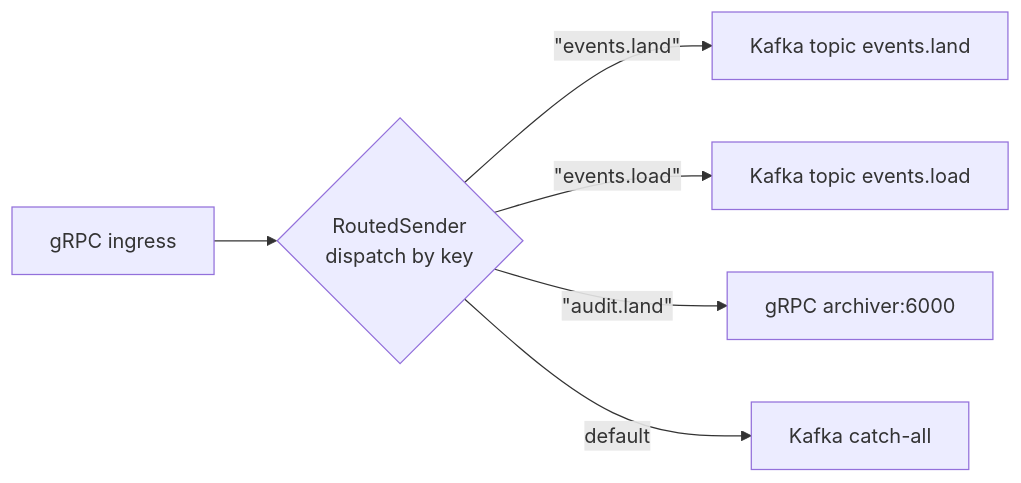
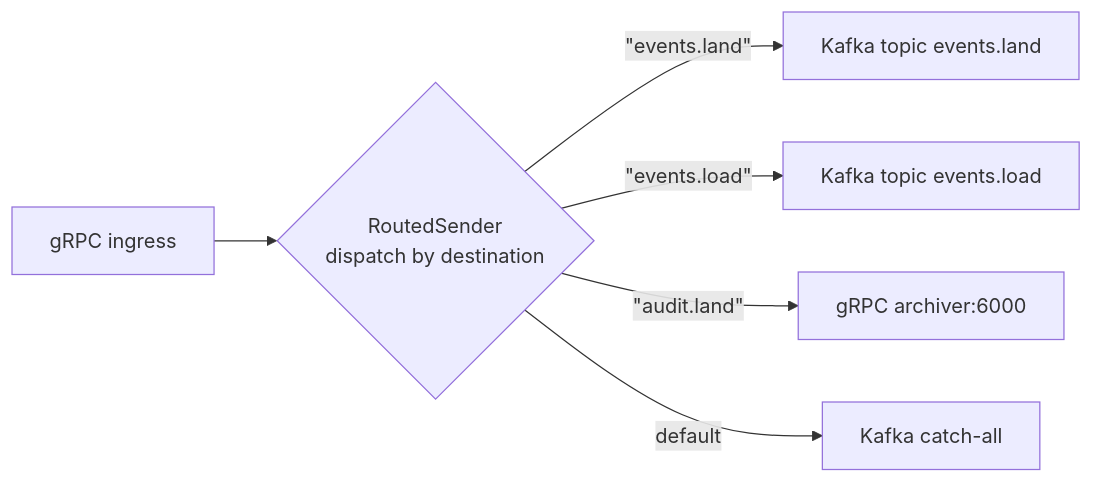
The diagram in docs/transport/routing.md (hyperi-io/scalo-rs), drawn with Mermaid before and after one commit. The commit also changed other lines of this file and 15 other files, not shown here.

First line of the commit message:
fix: name the send() parameter what it is -- a destination, not a key

````diff
--- a/docs/transport/routing.md
+++ b/docs/transport/routing.md
@@ -36,8 +37,8 @@
 ```mermaid
 flowchart LR
-    Ingress["gRPC ingress"] --> RS{"RoutedSender<br/>dispatch by key"}
+    Ingress["gRPC ingress"] --> RS{"RoutedSender<br/>dispatch by destination"}
     RS -->|&quot;events.land&quot;| K1["Kafka topic events.land"]
     RS -->|&quot;events.load&quot;| K2["Kafka topic events.load"]
     RS -->|&quot;audit.land&quot;| G["gRPC archiver:6000"]
     RS -->|default| KC["Kafka catch-all"]
 ```
````
